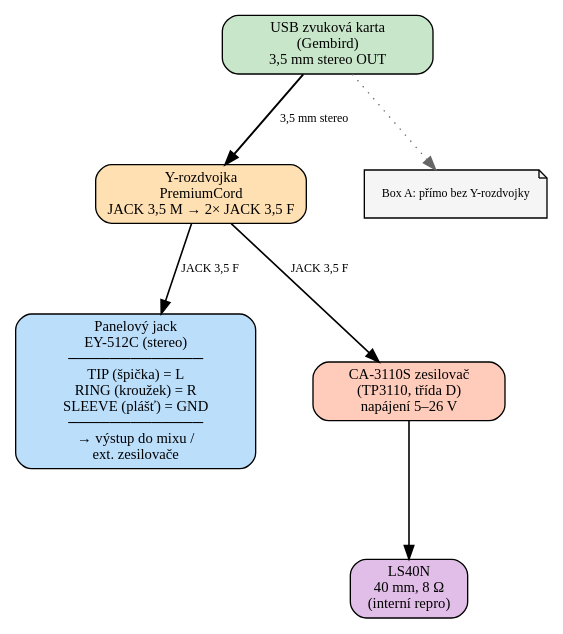
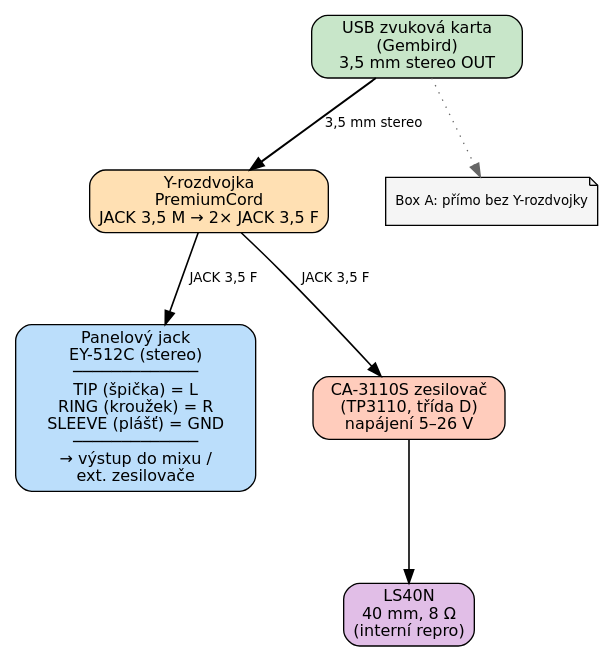
Before and after one commit to K0F/1938_ABC: the diagram in docs/dot/sch_06b_box_b_audio.dot, drawn with Graphviz. The commit also changed 20 other files, not shown here.

First line of the commit message:
docs: fix PDF rendering, readable diagram fonts, own PSU per box

```diff
--- a/docs/dot/sch_06b_box_b_audio.dot
+++ b/docs/dot/sch_06b_box_b_audio.dot
@@ -1,28 +1,28 @@
 // SCH §3 — BOX B Audio chain
 digraph G {
-    graph [fontname="Terminus" rankdir=TB bgcolor="white" nodesep=0.6 ranksep=0.8];
-node [fontname="Terminus" fontsize=11 style="filled"];
-edge [fontname="Terminus" fontsize=9];
+    graph [fontname="DejaVu Sans" rankdir=TB bgcolor="white" nodesep=0.6 ranksep=0.8];
+node [fontname="DejaVu Sans" fontsize=12 style="filled"];
+edge [fontname="DejaVu Sans" fontsize=10];
 
 // Source
 zvuk [label="USB zvuková karta\n(Gembird)\n3,5 mm stereo OUT" shape=box style="filled,rounded" fillcolor="#c8e6c9" width=2.2];
 
 // Y-splitter
 y [label="Y-rozdvojka\nPremiumCord\nJACK 3,5 M → 2× JACK 3,5 F" shape=box style="filled,rounded" fillcolor="#ffe0b3" width=2.2];
 
 // Outputs
 panel [label="Panelový jack\nEY-512C (stereo)\n─────────────\nTIP (špička) = L\nRING (kroužek) = R\nSLEEVE (plášť) = GND\n─────────────\n→ výstup do mixu /\next. zesilovače" shape=box style="filled,rounded" fillcolor="#bbdefb" width=2.5];
 
 amp [label="CA-3110S zesilovač\n(TP3110, třída D)\nnapájení 5–26 V" shape=box style="filled,rounded" fillcolor="#ffccbc" width=2];
 repro [label="LS40N\n40 mm, 8 Ω\n(interní repro)" shape=box style="filled,rounded" fillcolor="#e1bee7"];
 
 // Edges
 zvuk -> y [label="  3,5 mm stereo  " penwidth=1.5];
 y -> panel [label="  JACK 3,5 F  " penwidth=1.2];
 y -> amp [label="  JACK 3,5 F  " penwidth=1.2];
 amp -> repro [label="  " penwidth=1.2];
 
 // Notes
-note1 [label="Box A: přímo bez Y-rozdvojky" shape=note fillcolor="#f5f5f5" fontsize=9];
+note1 [label="Box A: přímo bez Y-rozdvojky" shape=note fillcolor="#f5f5f5" fontsize=10];
 zvuk -> note1 [style=dotted color="#666666"];
 }
```
